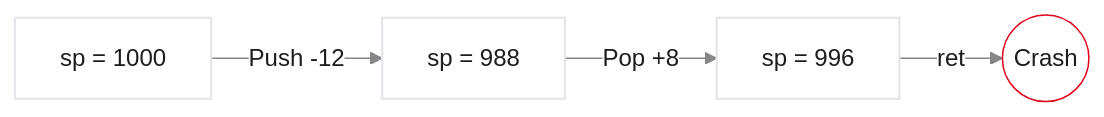
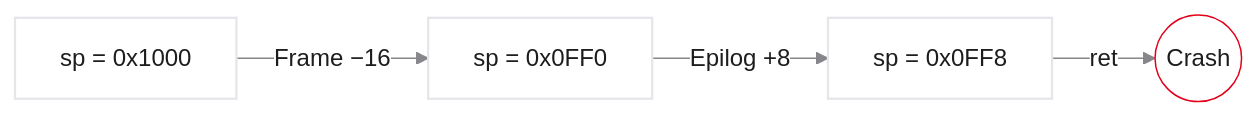
One commit to dantschi/mct1 changed the tenth of 15 diagrams in vorlesungen/04_funktionen-stack.qmd. Above: the diagram before and after it, drawn with Mermaid. The commit also changed other lines of this file and 49 other files, not shown here.

````diff
--- a/vorlesungen/04_funktionen-stack.qmd
+++ b/vorlesungen/04_funktionen-stack.qmd
@@ -713,13 +720,13 @@
 ```{mermaid}
 %%| fig-width: 3.5
 %%{init: {'theme': 'base', 'themeVariables': {'background': '#FFFFFF', 'primaryColor': '#FFFFFF', 'primaryBorderColor': '#E5E5EA', 'primaryTextColor': '#1D1D1F', 'lineColor': '#86868B', 'secondaryColor': '#F5F5F7', 'tertiaryColor': '#FFFFFF', 'mainBkg': '#FFFFFF', 'nodeBorder': '#E5E5EA', 'clusterBkg': '#F5F5F7', 'clusterBorder': '#E5E5EA', 'titleColor': '#1D1D1F', 'edgeLabelBackground': '#FFFFFF'}}}%%
 
 graph LR
-  A[sp = 1000] -->|Push -12| B[sp = 988]
-  B -->|Pop +8| C[sp = 996]
+  A[sp = 0x1000] -->|Frame −16| B[sp = 0x0FF0]
+  B -->|Epilog +8| C[sp = 0x0FF8]
   C -->|ret| D((Crash))
   style D fill:#FFFFFF,stroke:#E2001A,stroke-width:2px !important
   style A fill:#FFFFFF,stroke:#E5E5EA,stroke-width:1.5px
   style B fill:#FFFFFF,stroke:#E5E5EA,stroke-width:1.5px
   style C fill:#FFFFFF,stroke:#E5E5EA,stroke-width:1.5px
 ```
````
